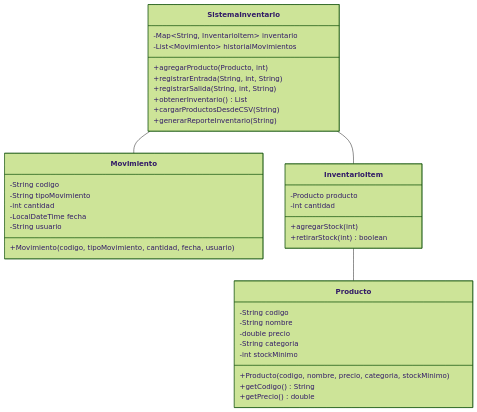
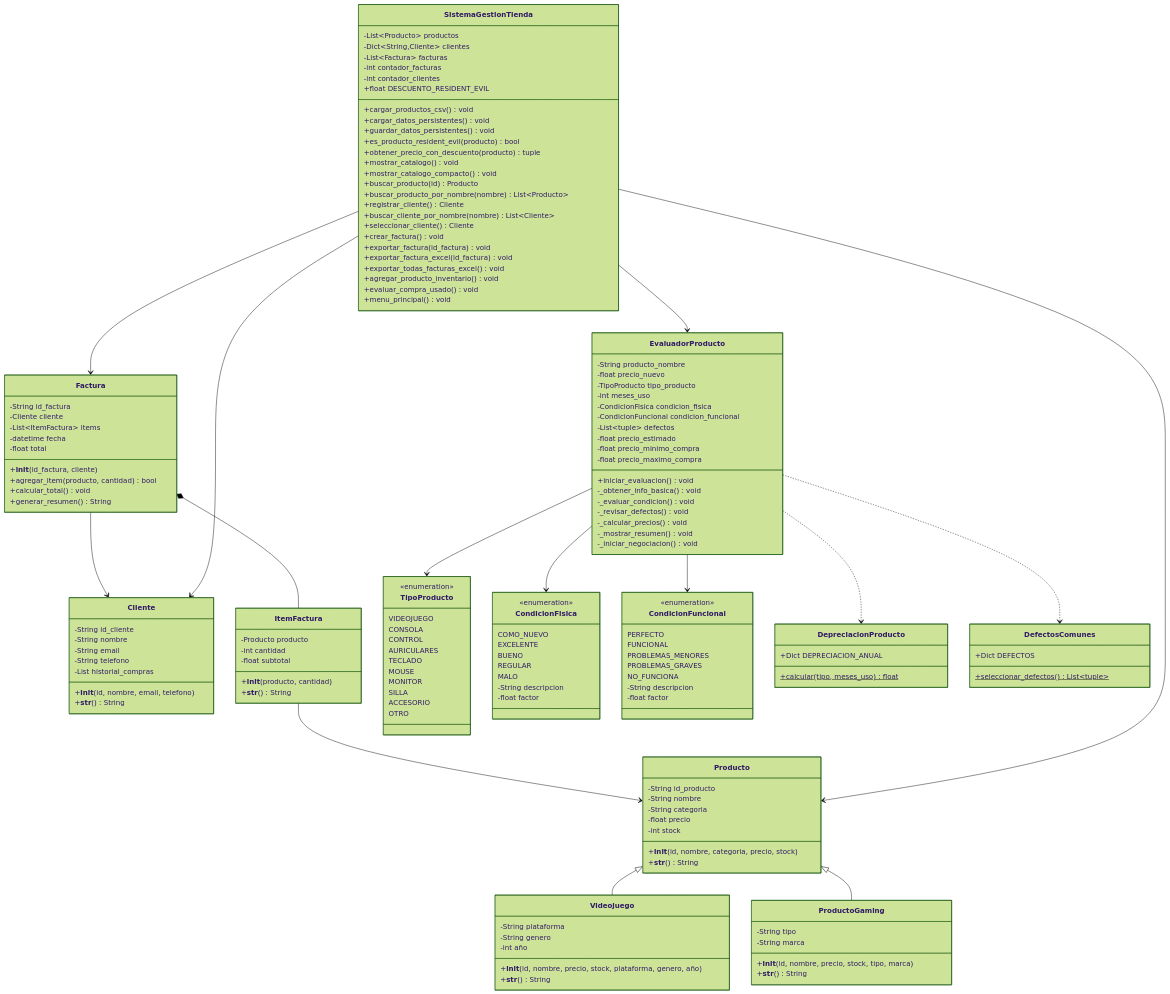
Before and after one commit to samuelmp26/Gaming-store-: the diagram in README.md, drawn with Mermaid (forest theme). The commit also changed other lines of this file, not shown here.

````diff
--- a/README.md
+++ b/README.md
@@ -30,44 +39,166 @@
 ```mermaid
 classDiagram
     class Producto {
-        -String codigo
+        -String id_producto
         -String nombre
-        -double precio
         -String categoria
-        -int stockMinimo
-        +Producto(codigo, nombre, precio, categoria, stockMinimo)
-        +getCodigo() String
-        +getPrecio() double
+        -float precio
+        -int stock
+        +__init__(id, nombre, categoria, precio, stock)
+        +__str__() String
     }
 
-    class Movimiento {
-        -String codigo
-        -String tipoMovimiento
-        -int cantidad
-        -LocalDateTime fecha
-        -String usuario
-        +Movimiento(codigo, tipoMovimiento, cantidad, fecha, usuario)
+    class Videojuego {
+        -String plataforma
+        -String genero
+        -int año
+        +__init__(id, nombre, precio, stock, plataforma, genero, año)
+        +__str__() String
     }
 
-    class InventarioItem {
+    class ProductoGaming {
+        -String tipo
+        -String marca
+        +__init__(id, nombre, precio, stock, tipo, marca)
+        +__str__() String
+    }
+
+    class Cliente {
+        -String id_cliente
+        -String nombre
+        -String email
+        -String telefono
+        -List historial_compras
+        +__init__(id, nombre, email, telefono)
+        +__str__() String
+    }
+
+    class ItemFactura {
         -Producto producto
         -int cantidad
-        +agregarStock(int)
-        +retirarStock(int) boolean
+        -float subtotal
+        +__init__(producto, cantidad)
+        +__str__() String
     }
 
-    class SistemaInventario {
-        -Map~String, InventarioItem~ inventario
-        -List~Movimiento~ historialMovimientos
-        +agregarProducto(Producto, int)
-        +registrarEntrada(String, int, String)
-        +registrarSalida(String, int, String)
-        +obtenerInventario() List
-        +cargarProductosDesdeCSV(String)
-        +generarReporteInventario(String)
+    class Factura {
+        -String id_factura
+        -Cliente cliente
+        -List~ItemFactura~ items
+        -datetime fecha
+        -float total
+        +__init__(id_factura, cliente)
+        +agregar_item(producto, cantidad) bool
+        +calcular_total() void
+        +generar_resumen() String
     }
 
-    SistemaInventario -- InventarioItem
-    SistemaInventario -- Movimiento
-    InventarioItem -- Producto
+    class TipoProducto {
+        <<enumeration>>
+        VIDEOJUEGO
+        CONSOLA
+        CONTROL
+        AURICULARES
+        TECLADO
+        MOUSE
+        MONITOR
+        SILLA
+        ACCESORIO
+        OTRO
+    }
+
+    class CondicionFisica {
+        <<enumeration>>
+        COMO_NUEVO
+        EXCELENTE
+        BUENO
+        REGULAR
+        MALO
+        -String descripcion
+        -float factor
+    }
+
+    class CondicionFuncional {
+        <<enumeration>>
+        PERFECTO
+        FUNCIONAL
+        PROBLEMAS_MENORES
+        PROBLEMAS_GRAVES
+        NO_FUNCIONA
+        -String descripcion
+        -float factor
+    }
+
+    class DepreciacionProducto {
+        +Dict DEPRECIACION_ANUAL
+        +calcular(tipo, meses_uso)$ float
+    }
+
+    class DefectosComunes {
+        +Dict DEFECTOS
+        +seleccionar_defectos()$ List~tuple~
+    }
+
+    class EvaluadorProducto {
+        -String producto_nombre
+        -float precio_nuevo
+        -TipoProducto tipo_producto
+        -int meses_uso
+        -CondicionFisica condicion_fisica
+        -CondicionFuncional condicion_funcional
+        -List~tuple~ defectos
+        -float precio_estimado
+        -float precio_minimo_compra
+        -float precio_maximo_compra
+        +iniciar_evaluacion() void
+        -_obtener_info_basica() void
+        -_evaluar_condicion() void
+        -_revisar_defectos() void
+        -_calcular_precios() void
+        -_mostrar_resumen() void
+        -_iniciar_negociacion() void
+    }
+
+    class SistemaGestionTienda {
+        -List~Producto~ productos
+        -Dict~String,Cliente~ clientes
+        -List~Factura~ facturas
+        -int contador_facturas
+        -int contador_clientes
+        +float DESCUENTO_RESIDENT_EVIL
+        +cargar_productos_csv() void
+        +cargar_datos_persistentes() void
+        +guardar_datos_persistentes() void
+        +es_producto_resident_evil(producto) bool
+        +obtener_precio_con_descuento(producto) tuple
+        +mostrar_catalogo() void
+        +mostrar_catalogo_compacto() void
+        +buscar_producto(id) Producto
+        +buscar_producto_por_nombre(nombre) List~Producto~
+        +registrar_cliente() Cliente
+        +buscar_cliente_por_nombre(nombre) List~Cliente~
+        +seleccionar_cliente() Cliente
+        +crear_factura() void
+        +exportar_factura(id_factura) void
+        +exportar_factura_excel(id_factura) void
+        +exportar_todas_facturas_excel() void
+        +agregar_producto_inventario() void
+        +evaluar_compra_usado() void
+        +menu_principal() void
+    }
+
+    Producto <|-- Videojuego
+    Producto <|-- ProductoGaming
+    Factura *-- ItemFactura
+    ItemFactura --> Producto
+    Factura --> Cliente
+    SistemaGestionTienda --> Producto
+    SistemaGestionTienda --> Cliente
+    SistemaGestionTienda --> Factura
+    SistemaGestionTienda --> EvaluadorProducto
+    EvaluadorProducto --> TipoProducto
+    EvaluadorProducto --> CondicionFisica
+    EvaluadorProducto --> CondicionFuncional
+    EvaluadorProducto ..> DepreciacionProducto
+    EvaluadorProducto ..> DefectosComunes
 ```
````
